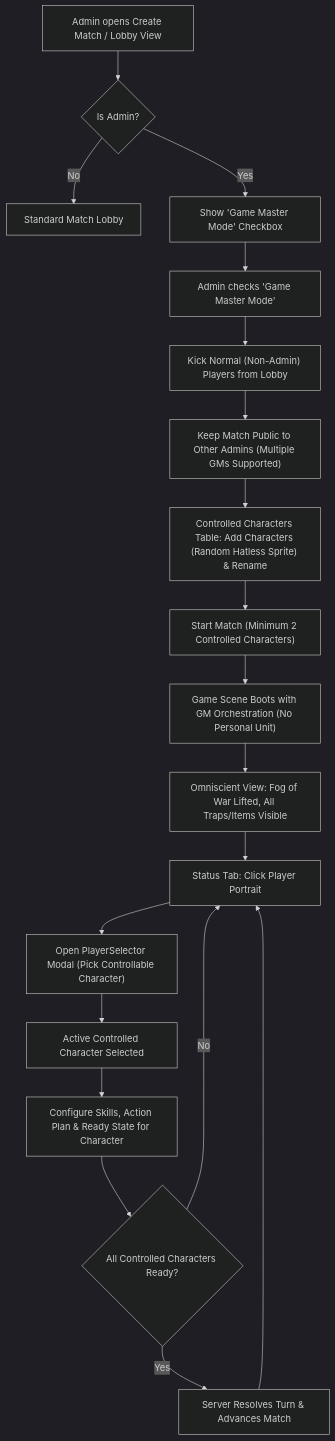
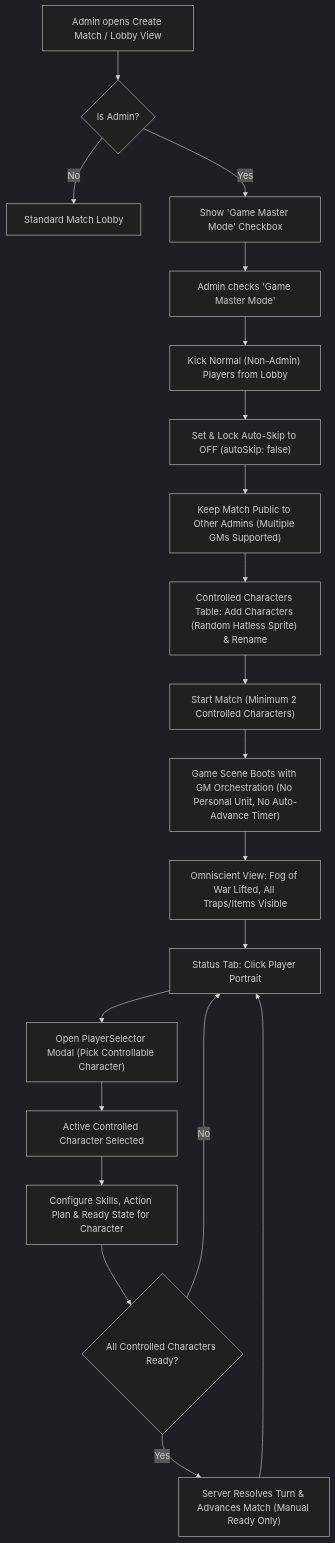
One commit to wacky444/Zarka changed the diagram in docs/GAME_MASTER_MODE_PLAN.md. Above: the diagram before and after it, drawn with Mermaid (dark theme). The commit also changed other lines of this file, not shown here.

Commit message:
docs: disable autoskip in game master mode plan

````diff
--- a/docs/GAME_MASTER_MODE_PLAN.md
+++ b/docs/GAME_MASTER_MODE_PLAN.md
@@ -50,21 +52,22 @@
 ```mermaid
 flowchart TD
     A["Admin opens Create Match / Lobby View"] --> B{"Is Admin?"}
     B -- No --> C["Standard Match Lobby"]
     B -- Yes --> D["Show 'Game Master Mode' Checkbox"]
     D --> E["Admin checks 'Game Master Mode'"]
     E --> F["Kick Normal (Non-Admin) Players from Lobby"]
-    F --> G["Keep Match Public to Other Admins (Multiple GMs Supported)"]
-    G --> H["Controlled Characters Table: Add Characters (Random Hatless Sprite) & Rename"]
-    H --> I["Start Match (Minimum 2 Controlled Characters)"]
-    I --> J["Game Scene Boots with GM Orchestration (No Personal Unit)"]
-    J --> K["Omniscient View: Fog of War Lifted, All Traps/Items Visible"]
-    K --> L["Status Tab: Click Player Portrait"]
-    L --> M["Open PlayerSelector Modal (Pick Controllable Character)"]
-    M --> N["Active Controlled Character Selected"]
-    N --> O["Configure Skills, Action Plan & Ready State for Character"]
-    O --> P{"All Controlled Characters Ready?"}
-    P -- No --> L
-    P -- Yes --> Q["Server Resolves Turn & Advances Match"]
-    Q --> L
+    F --> G["Set & Lock Auto-Skip to OFF (autoSkip: false)"]
+    G --> H["Keep Match Public to Other Admins (Multiple GMs Supported)"]
+    H --> I["Controlled Characters Table: Add Characters (Random Hatless Sprite) & Rename"]
+    I --> J["Start Match (Minimum 2 Controlled Characters)"]
+    J --> K["Game Scene Boots with GM Orchestration (No Personal Unit, No Auto-Advance Timer)"]
+    K --> L["Omniscient View: Fog of War Lifted, All Traps/Items Visible"]
+    L --> M["Status Tab: Click Player Portrait"]
+    M --> N["Open PlayerSelector Modal (Pick Controllable Character)"]
+    N --> O["Active Controlled Character Selected"]
+    O --> P["Configure Skills, Action Plan & Ready State for Character"]
+    P --> Q{"All Controlled Characters Ready?"}
+    Q -- No --> M
+    Q -- Yes --> R["Server Resolves Turn & Advances Match (Manual Ready Only)"]
+    R --> M
 ```
````
